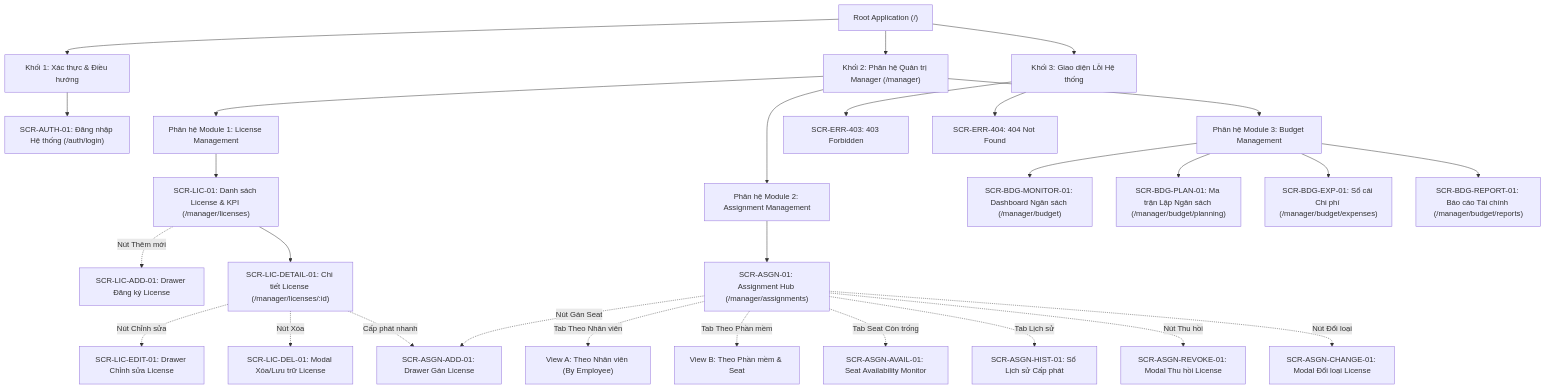
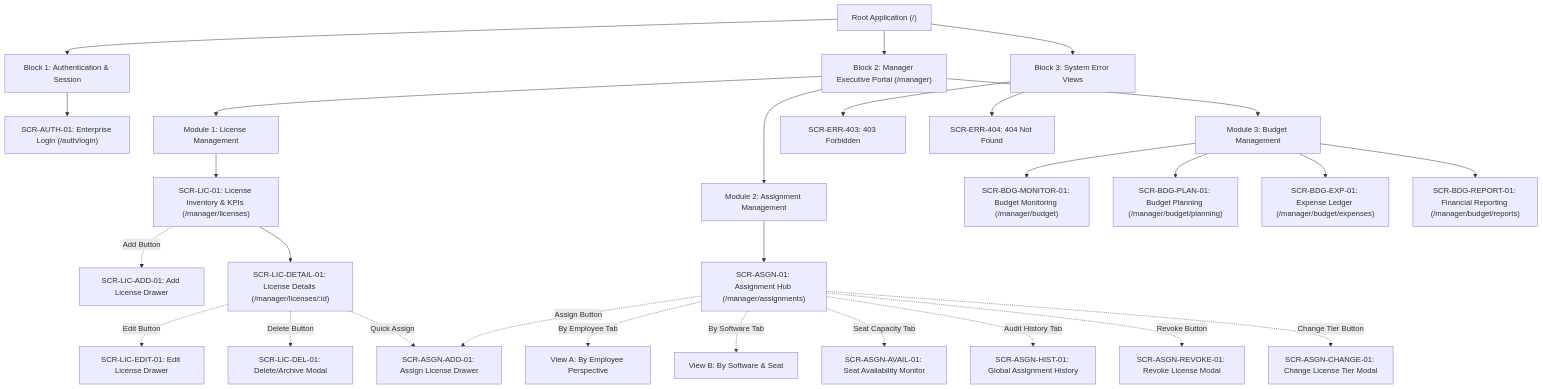
The first of 4 diagrams in docs/04-information-architecture-manager.md (cuonglpv/VFast), drawn with Mermaid before and after one commit. The commit also changed other lines of this file, not shown here.

Commit message:
docs: translate restructured information architecture to English

````diff
--- a/docs/04-information-architecture-manager.md
+++ b/docs/04-information-architecture-manager.md
@@ -54,43 +54,43 @@
 ```mermaid
 flowchart TD
-    Root["Root Application (/)"] --> L1_Auth["Khối 1: Xác thực & Điều hướng"]
-    Root --> L1_Manager["Khối 2: Phân hệ Quản trị Manager (/manager)"]
-    Root --> L1_Error["Khối 3: Giao diện Lỗi Hệ thống"]
+    Root["Root Application (/)"] --> L1_Auth["Block 1: Authentication & Session"]
+    Root --> L1_Manager["Block 2: Manager Executive Portal (/manager)"]
+    Root --> L1_Error["Block 3: System Error Views"]
 
-    %% Khối 1: Auth
-    L1_Auth --> SCR_AUTH_01["SCR-AUTH-01: Đăng nhập Hệ thống (/auth/login)"]
+    %% Block 1: Auth
+    L1_Auth --> SCR_AUTH_01["SCR-AUTH-01: Enterprise Login (/auth/login)"]
 
-    %% Khối 2: Manager Shell
-    L1_Manager --> M1_Hub["Phân hệ Module 1: License Management"]
-    L1_Manager --> M2_Hub["Phân hệ Module 2: Assignment Management"]
-    L1_Manager --> M3_Hub["Phân hệ Module 3: Budget Management"]
+    %% Block 2: Manager Shell
+    L1_Manager --> M1_Hub["Module 1: License Management"]
+    L1_Manager --> M2_Hub["Module 2: Assignment Management"]
+    L1_Manager --> M3_Hub["Module 3: Budget Management"]
 
     %% Module 1 Sub-views
-    M1_Hub --> SCR_LIC_01["SCR-LIC-01: Danh sách License & KPI (/manager/licenses)"]
-    SCR_LIC_01 -.->|"Nút Thêm mới"| SCR_LIC_ADD_01["SCR-LIC-ADD-01: Drawer Đăng ký License"]
-    SCR_LIC_01 --> SCR_LIC_DETAIL_01["SCR-LIC-DETAIL-01: Chi tiết License (/manager/licenses/:id)"]
-    SCR_LIC_DETAIL_01 -.->|"Nút Chỉnh sửa"| SCR_LIC_EDIT_01["SCR-LIC-EDIT-01: Drawer Chỉnh sửa License"]
-    SCR_LIC_DETAIL_01 -.->|"Nút Xóa"| SCR_LIC_DEL_01["SCR-LIC-DEL-01: Modal Xóa/Lưu trữ License"]
-    SCR_LIC_DETAIL_01 -.->|"Cấp phát nhanh"| SCR_ASGN_ADD_01
+    M1_Hub --> SCR_LIC_01["SCR-LIC-01: License Inventory & KPIs (/manager/licenses)"]
+    SCR_LIC_01 -.->|"Add Button"| SCR_LIC_ADD_01["SCR-LIC-ADD-01: Add License Drawer"]
+    SCR_LIC_01 --> SCR_LIC_DETAIL_01["SCR-LIC-DETAIL-01: License Details (/manager/licenses/:id)"]
+    SCR_LIC_DETAIL_01 -.->|"Edit Button"| SCR_LIC_EDIT_01["SCR-LIC-EDIT-01: Edit License Drawer"]
+    SCR_LIC_DETAIL_01 -.->|"Delete Button"| SCR_LIC_DEL_01["SCR-LIC-DEL-01: Delete/Archive Modal"]
+    SCR_LIC_DETAIL_01 -.->|"Quick Assign"| SCR_ASGN_ADD_01
 
     %% Module 2 Sub-views
     M2_Hub --> SCR_ASGN_01["SCR-ASGN-01: Assignment Hub (/manager/assignments)"]
-    SCR_ASGN_01 -.->|"Tab Theo Nhân viên"| SCR_ASGN_01_A["View A: Theo Nhân viên (By Employee)"]
-    SCR_ASGN_01 -.->|"Tab Theo Phần mềm"| SCR_ASGN_01_B["View B: Theo Phần mềm & Seat"]
-    SCR_ASGN_01 -.->|"Tab Seat Còn trống"| SCR_ASGN_AVAIL_01["SCR-ASGN-AVAIL-01: Seat Availability Monitor"]
-    SCR_ASGN_01 -.->|"Tab Lịch sử"| SCR_ASGN_HIST_01["SCR-ASGN-HIST-01: Sổ Lịch sử Cấp phát"]
+    SCR_ASGN_01 -.->|"By Employee Tab"| SCR_ASGN_01_A["View A: By Employee Perspective"]
+    SCR_ASGN_01 -.->|"By Software Tab"| SCR_ASGN_01_B["View B: By Software & Seat"]
+    SCR_ASGN_01 -.->|"Seat Capacity Tab"| SCR_ASGN_AVAIL_01["SCR-ASGN-AVAIL-01: Seat Availability Monitor"]
+    SCR_ASGN_01 -.->|"Audit History Tab"| SCR_ASGN_HIST_01["SCR-ASGN-HIST-01: Global Assignment History"]
 
-    SCR_ASGN_01 -.->|"Nút Gán Seat"| SCR_ASGN_ADD_01["SCR-ASGN-ADD-01: Drawer Gán License"]
-    SCR_ASGN_01 -.->|"Nút Thu hồi"| SCR_ASGN_REVOKE_01["SCR-ASGN-REVOKE-01: Modal Thu hồi License"]
-    SCR_ASGN_01 -.->|"Nút Đổi loại"| SCR_ASGN_CHANGE_01["SCR-ASGN-CHANGE-01: Modal Đổi loại License"]
+    SCR_ASGN_01 -.->|"Assign Button"| SCR_ASGN_ADD_01["SCR-ASGN-ADD-01: Assign License Drawer"]
+    SCR_ASGN_01 -.->|"Revoke Button"| SCR_ASGN_REVOKE_01["SCR-ASGN-REVOKE-01: Revoke License Modal"]
+    SCR_ASGN_01 -.->|"Change Tier Button"| SCR_ASGN_CHANGE_01["SCR-ASGN-CHANGE-01: Change License Tier Modal"]
 
     %% Module 3 Sub-views
-    M3_Hub --> SCR_BDG_MONITOR_01["SCR-BDG-MONITOR-01: Dashboard Ngân sách (/manager/budget)"]
-    M3_Hub --> SCR_BDG_PLAN_01["SCR-BDG-PLAN-01: Ma trận Lập Ngân sách (/manager/budget/planning)"]
-    M3_Hub --> SCR_BDG_EXP_01["SCR-BDG-EXP-01: Sổ cái Chi phí (/manager/budget/expenses)"]
-    M3_Hub --> SCR_BDG_REPORT_01["SCR-BDG-REPORT-01: Báo cáo Tài chính (/manager/budget/reports)"]
+    M3_Hub --> SCR_BDG_MONITOR_01["SCR-BDG-MONITOR-01: Budget Monitoring (/manager/budget)"]
+    M3_Hub --> SCR_BDG_PLAN_01["SCR-BDG-PLAN-01: Budget Planning (/manager/budget/planning)"]
+    M3_Hub --> SCR_BDG_EXP_01["SCR-BDG-EXP-01: Expense Ledger (/manager/budget/expenses)"]
+    M3_Hub --> SCR_BDG_REPORT_01["SCR-BDG-REPORT-01: Financial Reporting (/manager/budget/reports)"]
 
-    %% Khối 3: Error
+    %% Block 3: Error
     L1_Error --> SCR_ERR_403["SCR-ERR-403: 403 Forbidden"]
     L1_Error --> SCR_ERR_404["SCR-ERR-404: 404 Not Found"]
 ```
````
